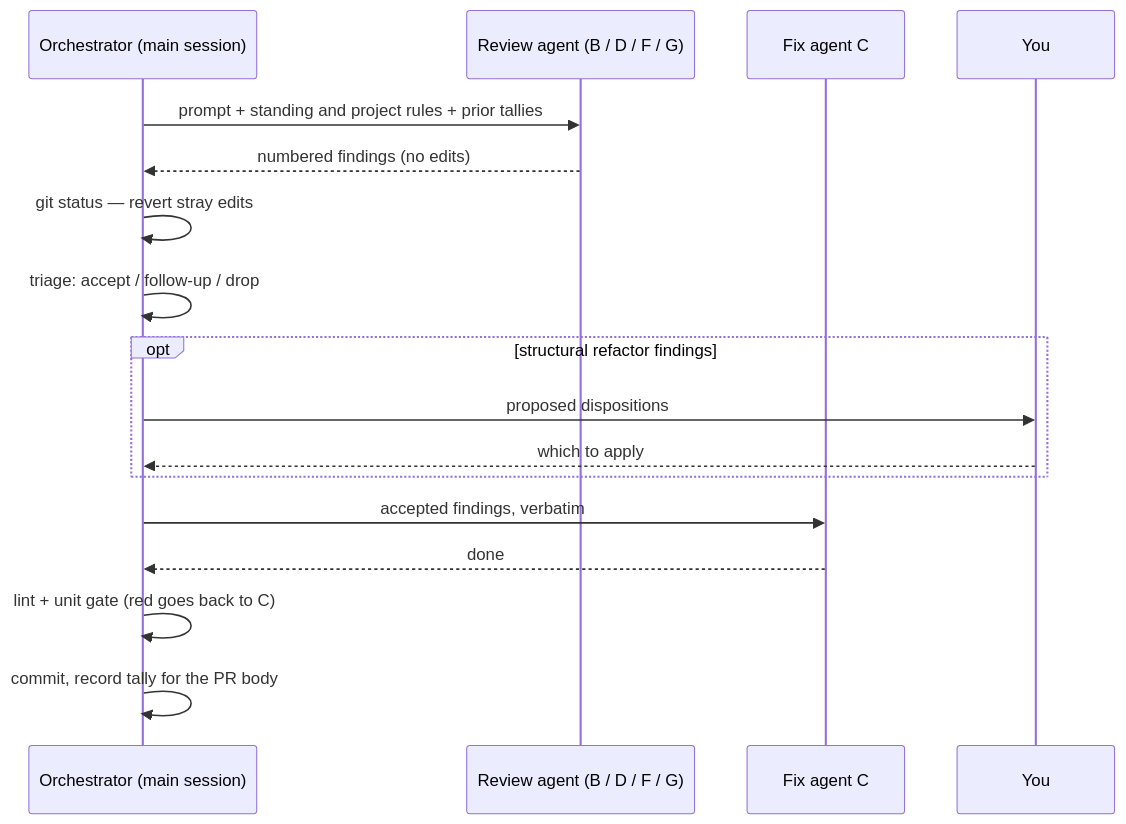
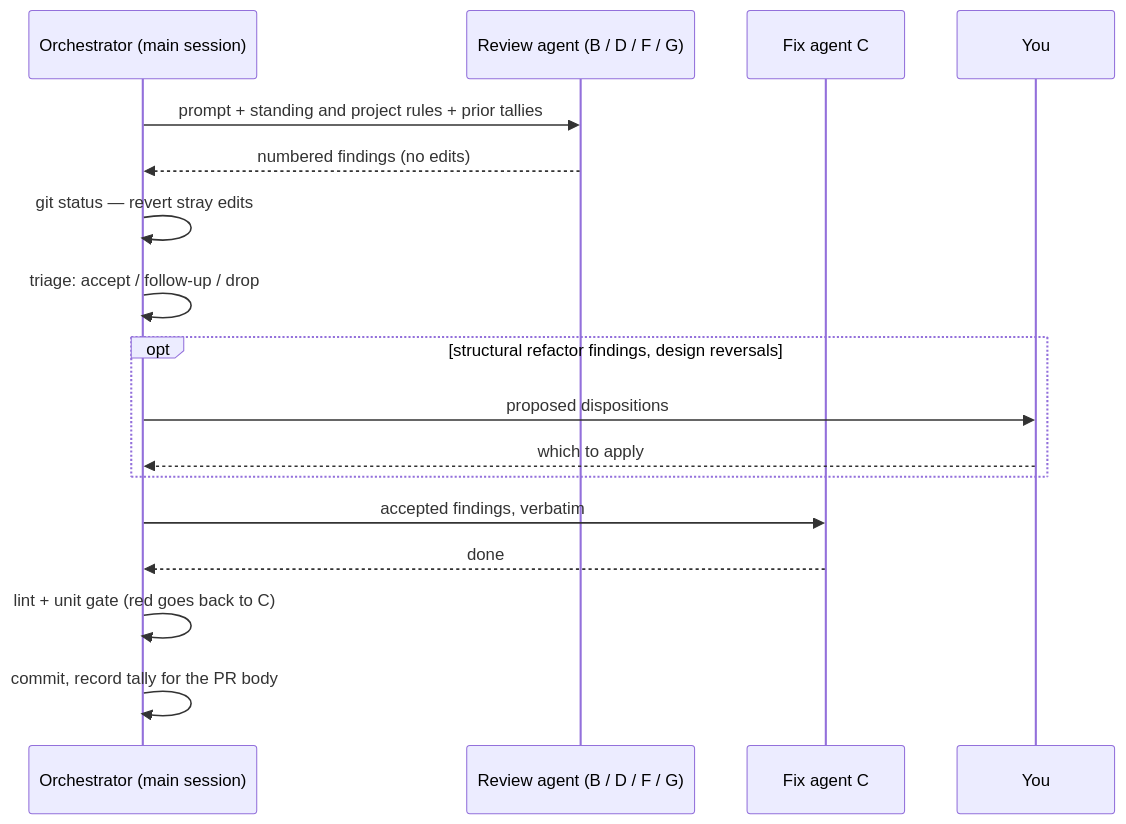
The third of 4 diagrams in README.md (apmiller108/ai-skills), drawn with Mermaid before and after one commit. The commit also changed other lines of this file and 2 other files, not shown here.

````diff
--- a/README.md
+++ b/README.md
@@ -142,19 +142,19 @@
 ```mermaid
 sequenceDiagram
   participant O as Orchestrator (main session)
   participant R as Review agent (B / D / F / G)
   participant C as Fix agent C
   participant U as You
   O->>R: prompt + standing and project rules + prior tallies
   R-->>O: numbered findings (no edits)
   O->>O: git status — revert stray edits
   O->>O: triage: accept / follow-up / drop
-  opt structural refactor findings
+  opt structural refactor findings, design reversals
     O->>U: proposed dispositions
     U-->>O: which to apply
   end
   O->>C: accepted findings, verbatim
   C-->>O: done
   O->>O: lint + unit gate (red goes back to C)
   O->>O: commit, record tally for the PR body
 ```
````
